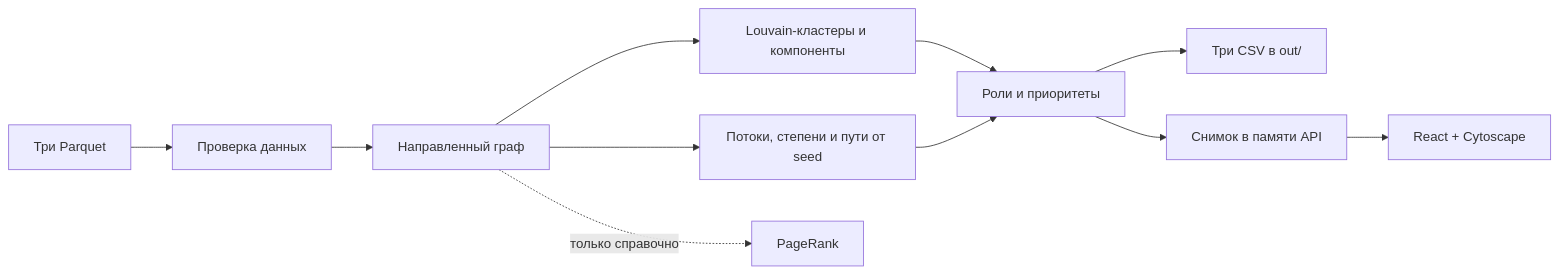
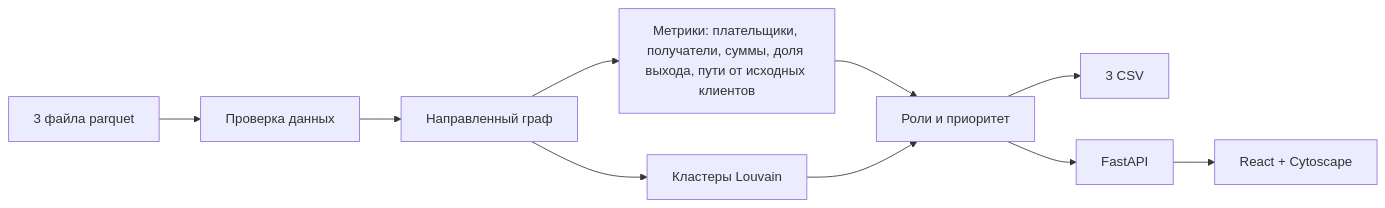
One commit to BAITC-Hacks/hack-6fcd7f48-agentforge changed the diagram in README.md. Above: the diagram before and after it, drawn with Mermaid. The commit also changed other lines of this file and 6 other files, not shown here.

````diff
--- a/README.md
+++ b/README.md
@@ -86,13 +129,12 @@
 ```mermaid
 flowchart LR
-    P[Три Parquet] --> V[Проверка данных]
+    P[3 файла parquet] --> V[Проверка данных]
     V --> G[Направленный граф]
-    G --> C[Louvain-кластеры и компоненты]
-    G --> M[Потоки, степени и пути от seed]
-    G -. только справочно .-> PR[PageRank]
-    C --> R[Роли и приоритеты]
-    M --> R
-    R --> O[Три CSV в out/]
-    R --> S[Снимок в памяти API]
-    S --> U[React + Cytoscape]
+    G --> M[Метрики: плательщики, получатели, суммы, доля выхода, пути от исходных клиентов]
+    G --> C[Кластеры Louvain]
+    M --> R[Роли и приоритет]
+    C --> R
+    R --> O[3 CSV]
+    R --> A[FastAPI]
+    A --> U[React + Cytoscape]
 ```
````
